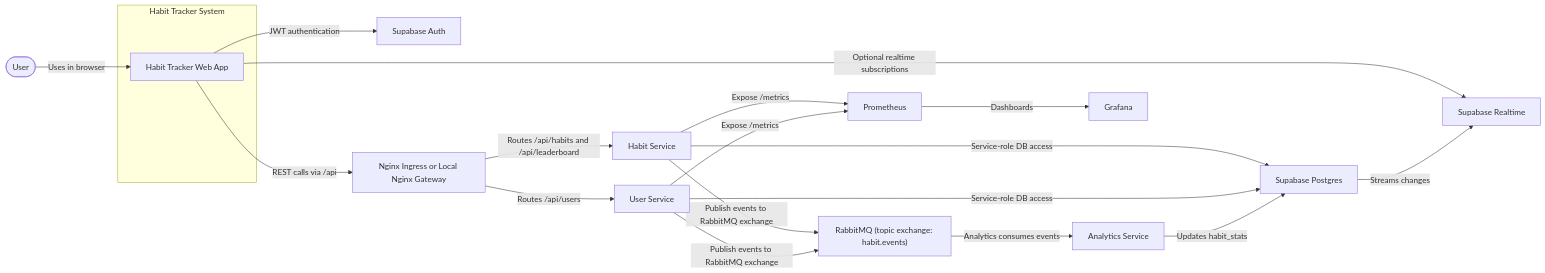
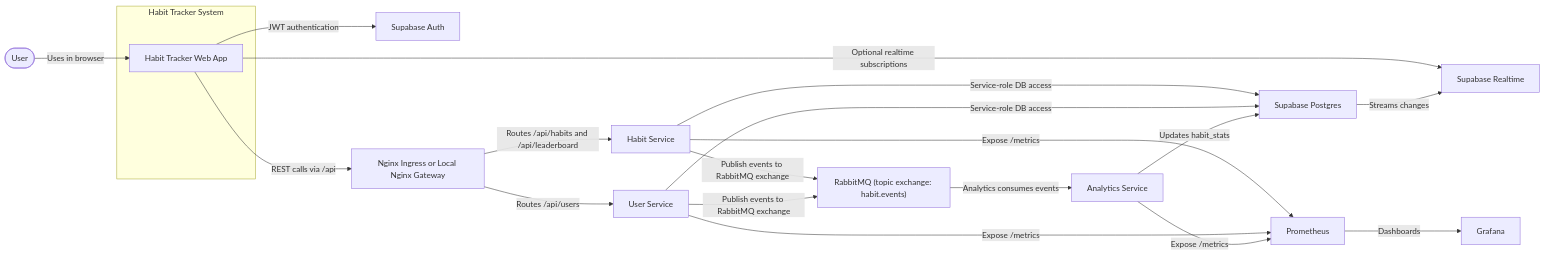
One commit to ednasx/habit_tracker_web changed the diagram in docs/architecture/C4/system_context.md. Above: the diagram before and after it, drawn with Mermaid. The commit also changed 2 other files, not shown here.

Commit message:
Apply suggestions from code review

````diff
--- a/docs/architecture/C4/system_context.md
+++ b/docs/architecture/C4/system_context.md
@@ -1,30 +1,31 @@
 ```mermaid
 flowchart LR
   user(["User"]) -->|"Uses in browser"| web["Habit Tracker Web App"]
 
   subgraph HabitTracker["Habit Tracker System"]
     web
   end
 
   web -->|"JWT authentication"| supaAuth["Supabase Auth"]
   web -->|"REST calls via /api"| gateway["Nginx Ingress or Local Nginx Gateway"]
 
   gateway -->|"Routes /api/habits and /api/leaderboard"| habitSvc["Habit Service"]
   gateway -->|"Routes /api/users"| userSvc["User Service"]
 
   habitSvc -->|"Service-role DB access"| supaDB["Supabase Postgres"]
   userSvc -->|"Service-role DB access"| supaDB
 
   habitSvc -->|"Publish events to RabbitMQ exchange"| rabbit["RabbitMQ (topic exchange: habit.events)"]
   userSvc -->|"Publish events to RabbitMQ exchange"| rabbit
 
   rabbit -->|"Analytics consumes events"| analytics["Analytics Service"]
   analytics -->|"Updates habit_stats"| supaDB
 
   habitSvc -->|"Expose /metrics"| prom["Prometheus"]
   userSvc -->|"Expose /metrics"| prom
+  analytics -->|"Expose /metrics"| prom
   prom -->|"Dashboards"| grafana["Grafana"]
 
   web -->|"Optional realtime subscriptions"| supaRT["Supabase Realtime"]
   supaDB -->|"Streams changes"| supaRT
 ```
````
